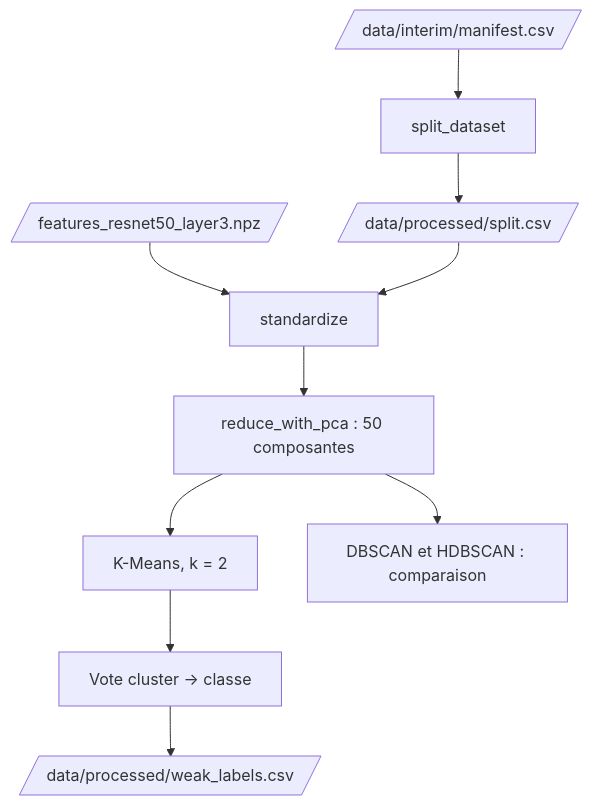
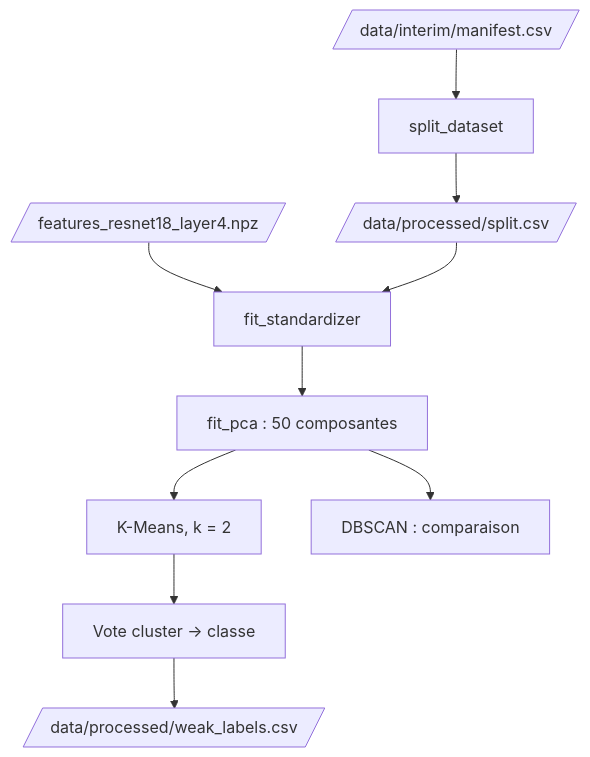
One commit to lefevrk/OC-Appliquez-des-approches-semi-supervisees changed the diagram in docs/docs/pipeline/analyse-non-supervisee.md. Above: the diagram before and after it, drawn with Mermaid. The commit also changed other lines of this file and 18 other files, not shown here.

````diff
--- a/docs/docs/pipeline/analyse-non-supervisee.md
+++ b/docs/docs/pipeline/analyse-non-supervisee.md
@@ -9,12 +11,12 @@
 ```mermaid
 flowchart TB
     MAN[/data/interim/manifest.csv/] --> SPLIT[split_dataset]
     SPLIT --> SPL[/data/processed/split.csv/]
-    FEAT[/features_resnet50_layer3.npz/] --> STD[standardize]
+    FEAT[/features_resnet18_layer4.npz/] --> STD[fit_standardizer]
     SPL --> STD
-    STD --> PCA[reduce_with_pca : 50 composantes]
+    STD --> PCA[fit_pca : 50 composantes]
     PCA --> KM[K-Means, k = 2]
-    PCA --> DENS[DBSCAN et HDBSCAN : comparaison]
+    PCA --> DENS[DBSCAN : comparaison]
     KM --> MAP[Vote cluster → classe]
     MAP --> WEAK[/data/processed/weak_labels.csv/]
 ```
````
